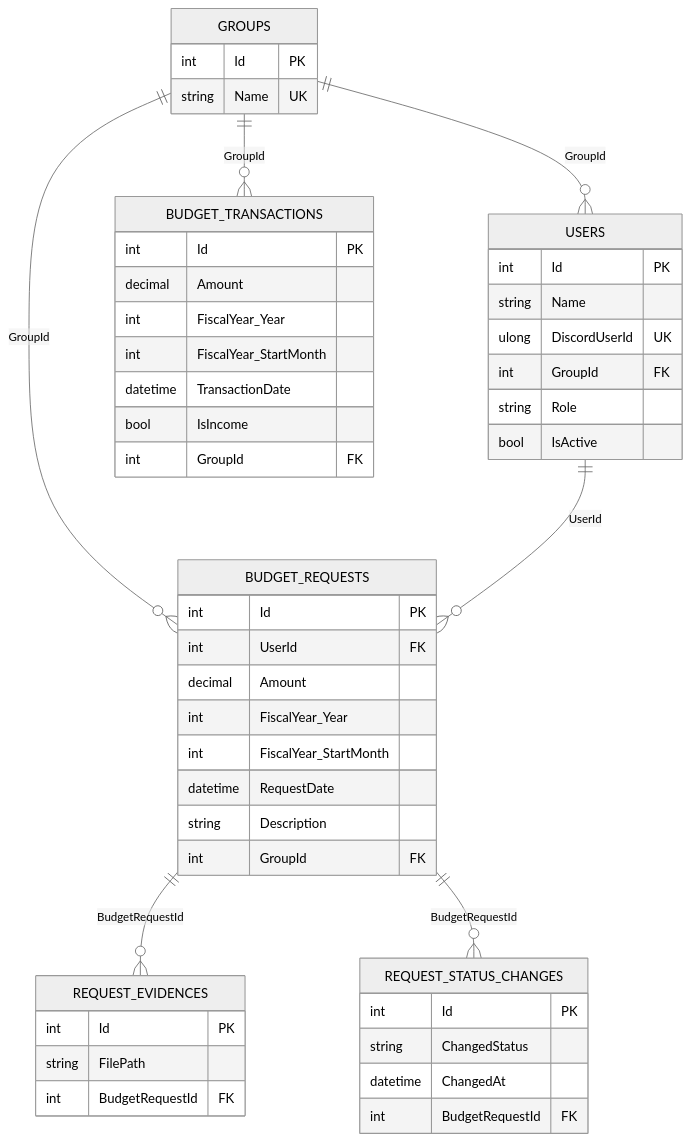
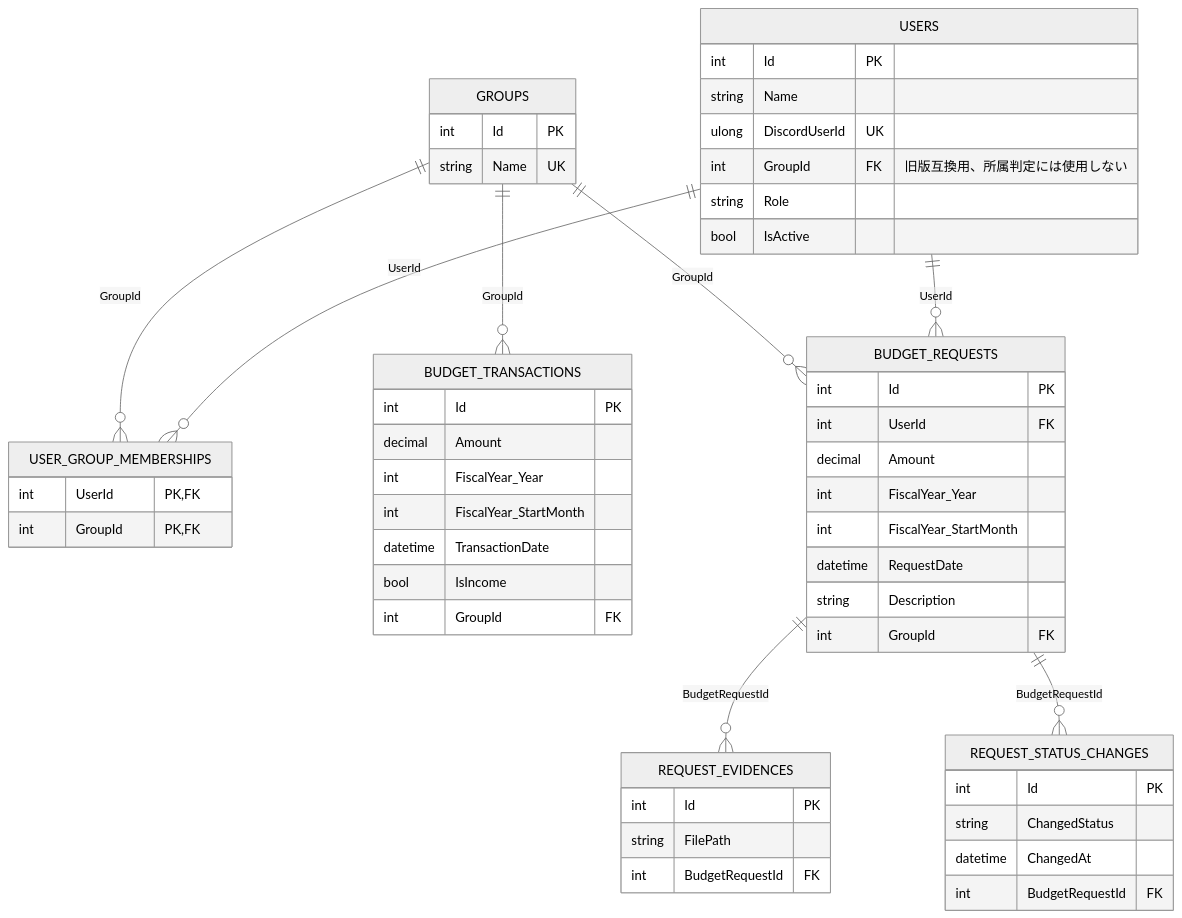
The first of 2 diagrams in docs/design.md (CASru-IT/BudgetManagementBotSystem), drawn with Mermaid (neutral theme) before and after one commit. The commit also changed other lines of this file and 48 other files, not shown here.

Commit message:
Support multiple group memberships and migrate existing assignments

````diff
--- a/docs/design.md
+++ b/docs/design.md
@@ -73,57 +73,63 @@
 ```mermaid
 erDiagram
-    GROUPS ||--o{ USERS : GroupId
+    GROUPS ||--o{ USER_GROUP_MEMBERSHIPS : GroupId
+    USERS ||--o{ USER_GROUP_MEMBERSHIPS : UserId
     GROUPS ||--o{ BUDGET_TRANSACTIONS : GroupId
     GROUPS ||--o{ BUDGET_REQUESTS : GroupId
     USERS ||--o{ BUDGET_REQUESTS : UserId
     BUDGET_REQUESTS ||--o{ REQUEST_EVIDENCES : BudgetRequestId
     BUDGET_REQUESTS ||--o{ REQUEST_STATUS_CHANGES : BudgetRequestId
 
     GROUPS {
         int Id PK
         string Name UK
     }
 
     USERS {
         int Id PK
         string Name
       ulong DiscordUserId UK
-        int GroupId FK
+        int GroupId FK "旧版互換用、所属判定には使用しない"
         string Role
         bool IsActive
+    }
+
+    USER_GROUP_MEMBERSHIPS {
+        int UserId PK,FK
+        int GroupId PK,FK
     }
 
     BUDGET_TRANSACTIONS {
         int Id PK
         decimal Amount
         int FiscalYear_Year
         int FiscalYear_StartMonth
         datetime TransactionDate
         bool IsIncome
         int GroupId FK
     }
 
     BUDGET_REQUESTS {
         int Id PK
         int UserId FK
         decimal Amount
         int FiscalYear_Year
         int FiscalYear_StartMonth
         datetime RequestDate
         string Description
         int GroupId FK
     }
 
     REQUEST_EVIDENCES {
         int Id PK
         string FilePath
         int BudgetRequestId FK
     }
 
     REQUEST_STATUS_CHANGES {
         int Id PK
         string ChangedStatus
         datetime ChangedAt
         int BudgetRequestId FK
     }
 ```
````
